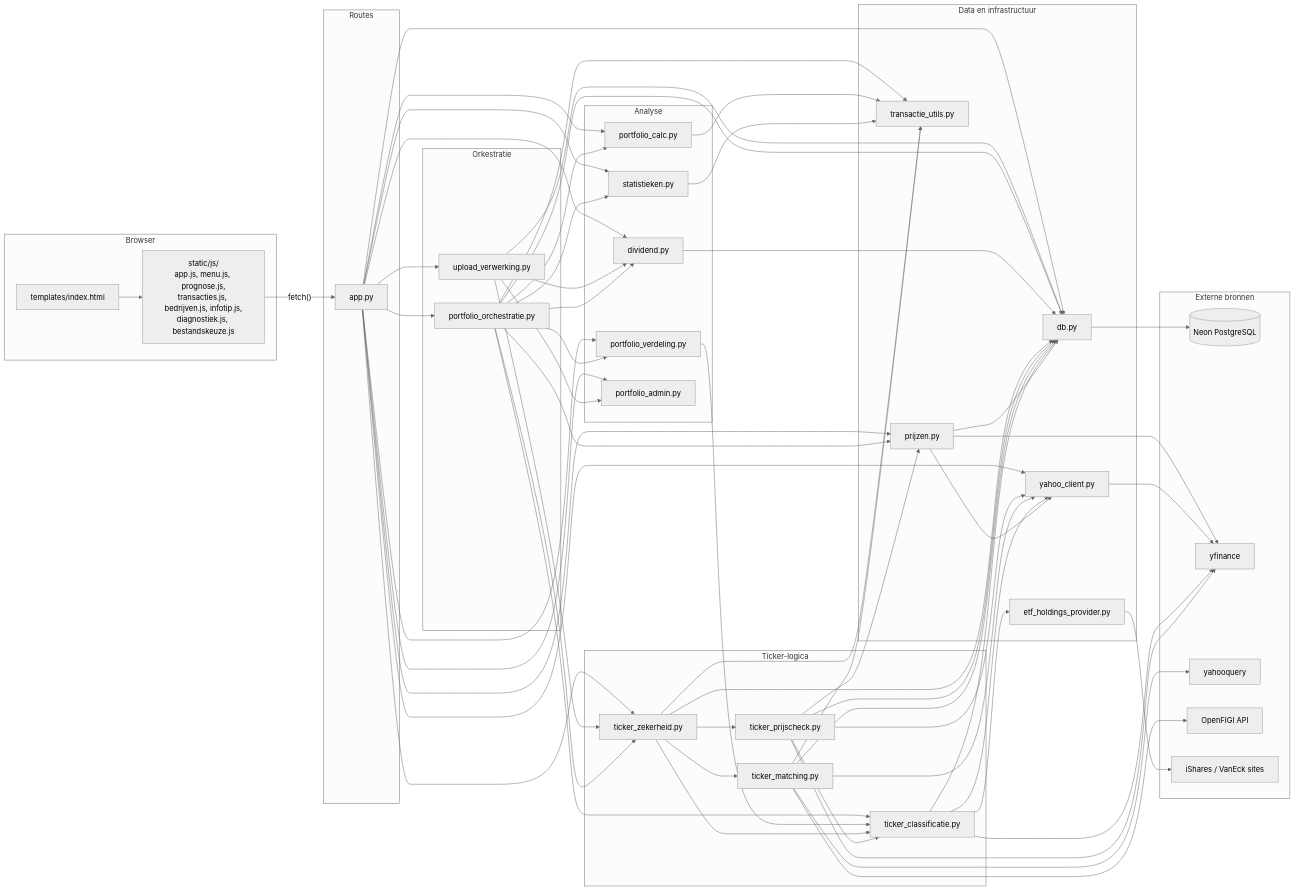
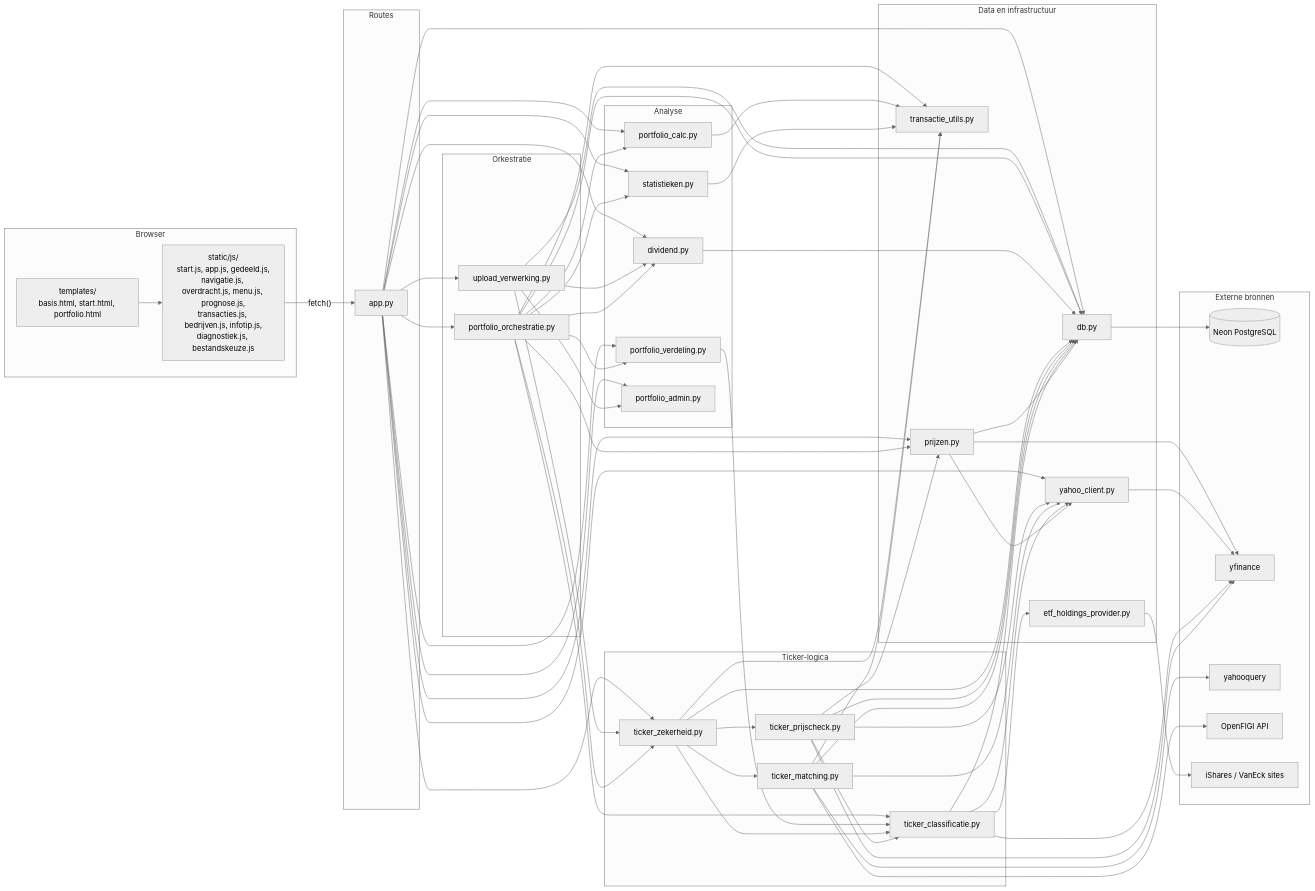
Before and after one commit to lobkest/portfolioTracker: the first of 2 diagrams in docs/CODE_OVERZICHT.md, drawn with Mermaid (neutral theme). The commit also changed other lines of this file and 15 other files, not shown here.

````diff
--- a/docs/CODE_OVERZICHT.md
+++ b/docs/CODE_OVERZICHT.md
@@ -61,8 +61,8 @@
 ```mermaid
 flowchart LR
     subgraph FE["Browser"]
-        HTML["templates/index.html"]
-        JS["static/js/<br/>app.js, menu.js, prognose.js,<br/>transacties.js, bedrijven.js, infotip.js,<br/>diagnostiek.js, bestandskeuze.js"]
+        HTML["templates/<br/>basis.html, start.html, portfolio.html"]
+        JS["static/js/<br/>start.js, app.js, gedeeld.js,<br/>navigatie.js, overdracht.js, menu.js, prognose.js,<br/>transacties.js, bedrijven.js, infotip.js,<br/>diagnostiek.js, bestandskeuze.js"]
     end
 
     subgraph ROUTES["Routes"]
````
